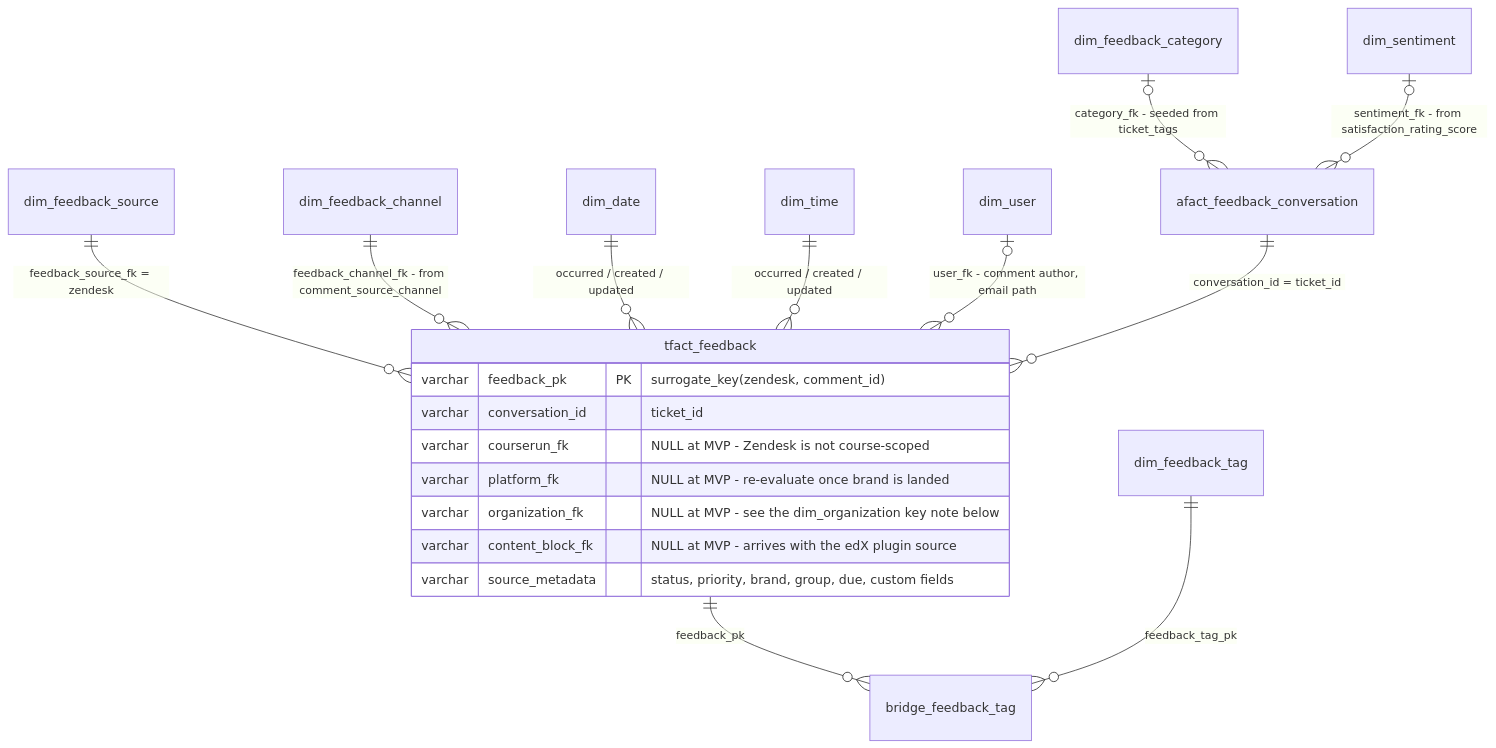
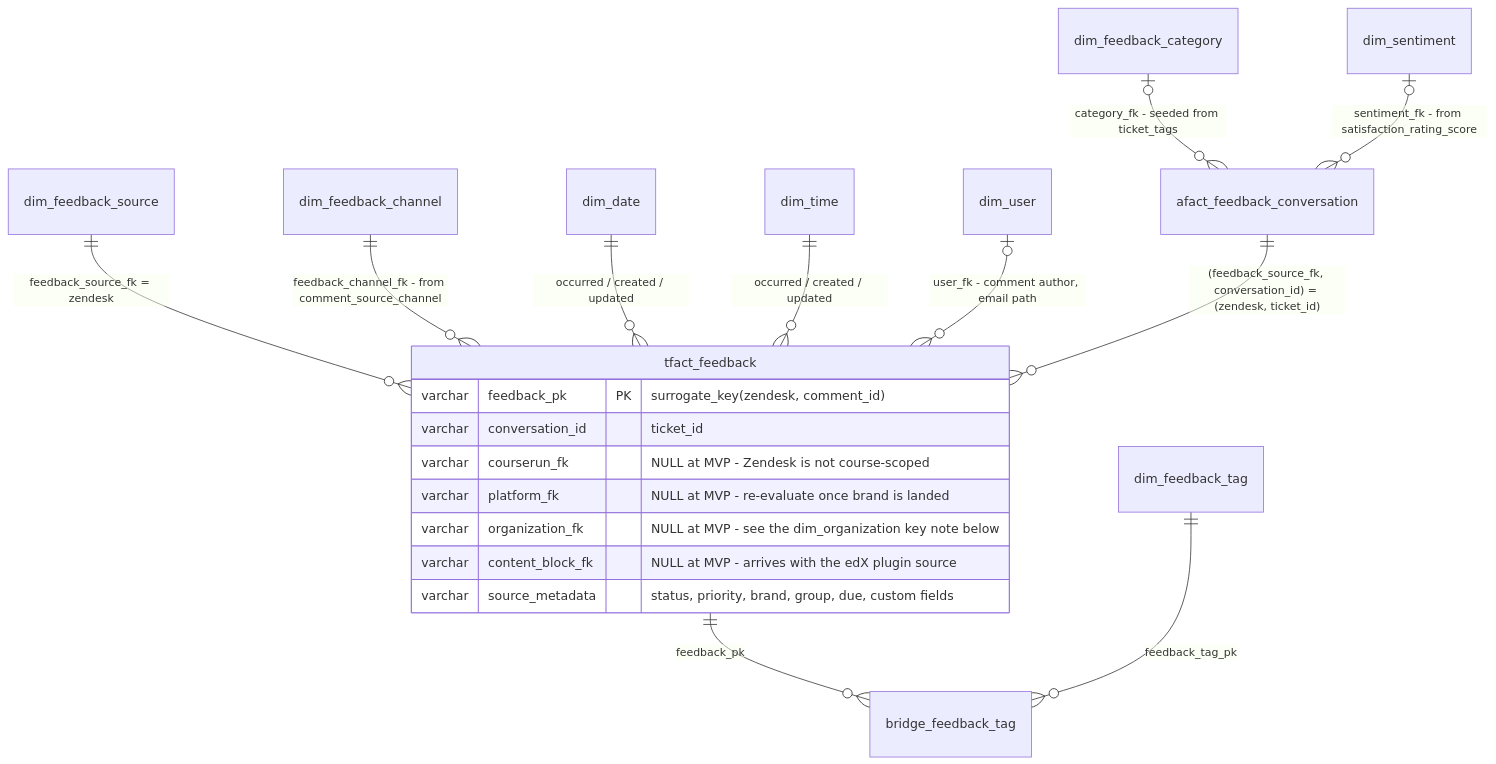
Before and after one commit to mitodl/ol-data-platform: the fifth of 6 diagrams in docs/design/feedback_erd.md, drawn with Mermaid. The commit also changed other lines of this file and 5 other files, not shown here.

````diff
--- a/docs/design/feedback_erd.md
+++ b/docs/design/feedback_erd.md
@@ -386,23 +398,23 @@
 ```mermaid
 erDiagram
     dim_feedback_source   ||--o{ tfact_feedback : "feedback_source_fk = zendesk"
     dim_feedback_channel  ||--o{ tfact_feedback : "feedback_channel_fk - from comment_source_channel"
     dim_date              ||--o{ tfact_feedback : "occurred / created / updated"
     dim_time              ||--o{ tfact_feedback : "occurred / created / updated"
     dim_user              |o--o{ tfact_feedback : "user_fk - comment author, email path"
     tfact_feedback        ||--o{ bridge_feedback_tag : "feedback_pk"
     dim_feedback_tag      ||--o{ bridge_feedback_tag : "feedback_tag_pk"
-    afact_feedback_conversation ||--o{ tfact_feedback : "conversation_id = ticket_id"
+    afact_feedback_conversation ||--o{ tfact_feedback : "(feedback_source_fk, conversation_id) = (zendesk, ticket_id)"
     dim_feedback_category |o--o{ afact_feedback_conversation : "category_fk - seeded from ticket_tags"
     dim_sentiment         |o--o{ afact_feedback_conversation : "sentiment_fk - from satisfaction_rating_score"
 
     tfact_feedback {
         varchar feedback_pk PK "surrogate_key(zendesk, comment_id)"
         varchar conversation_id "ticket_id"
         varchar courserun_fk "NULL at MVP - Zendesk is not course-scoped"
         varchar platform_fk "NULL at MVP - re-evaluate once brand is landed"
         varchar organization_fk "NULL at MVP - see the dim_organization key note below"
         varchar content_block_fk "NULL at MVP - arrives with the edX plugin source"
         varchar source_metadata "status, priority, brand, group, due, custom fields"
     }
 ```
````
